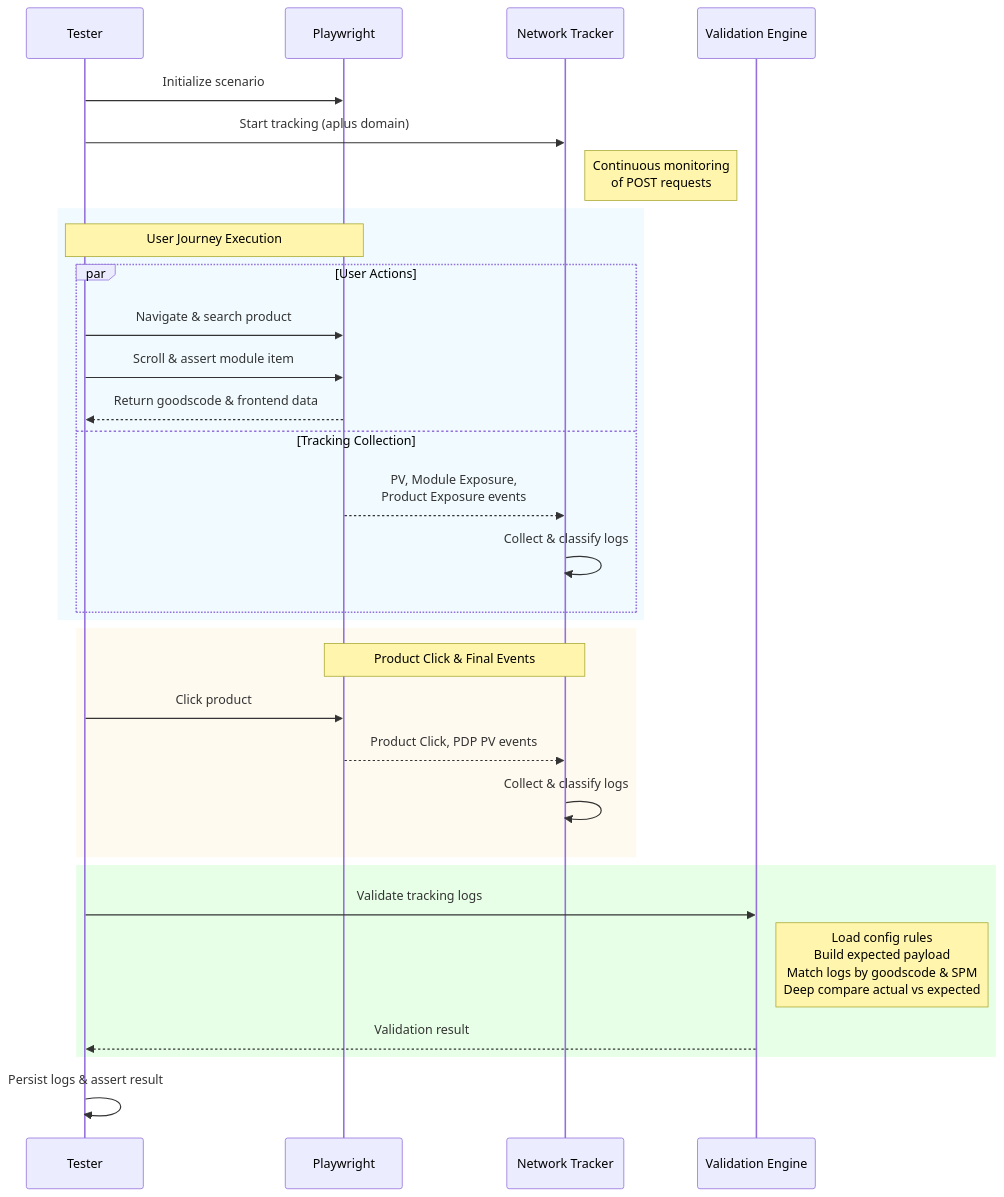
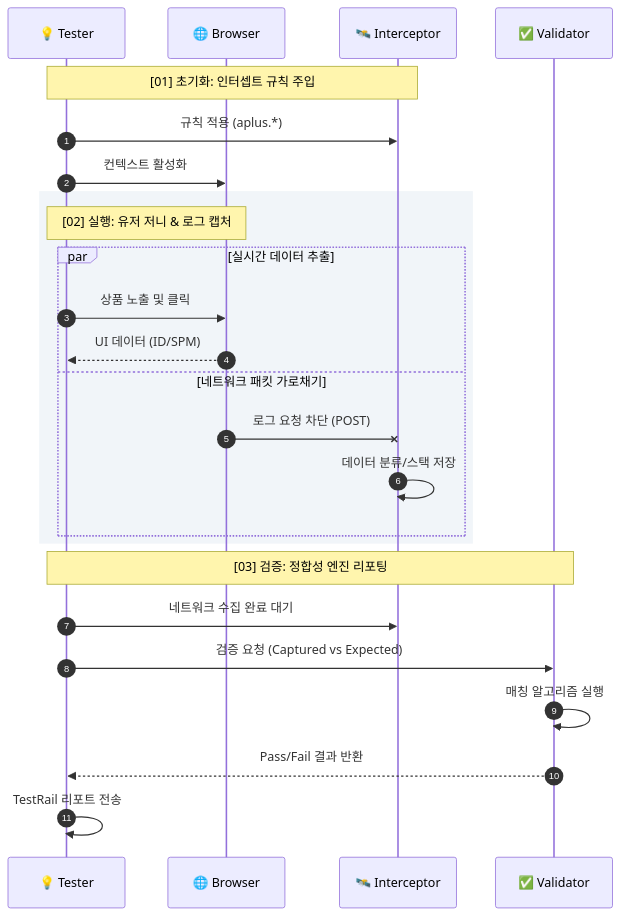
One commit to mrt1847-test/user_tracking_automation changed the diagram in docs/flow_sequence_diagram.md. Above: the diagram before and after it, drawn with Mermaid.

````diff
--- a/docs/flow_sequence_diagram.md
+++ b/docs/flow_sequence_diagram.md
@@ -3,43 +3,36 @@
 ```mermaid
 sequenceDiagram
-    participant Tester
-    participant Browser as Playwright
-    participant Tracker as Network Tracker
-    participant Validator as Validation Engine
+    autonumber
+    
+    %% 참여자 색상 설정 (배경 대비 가독성 최적화)
+    participant T as 💡 Tester
+    participant B as 🌐 Browser
+    participant I as 🛰️ Interceptor
+    participant V as ✅ Validator
 
-    %% 1. Setup
-    Tester->>Browser: Initialize scenario
-    Tester->>Tracker: Start tracking (aplus domain)
-    Note right of Tracker: Continuous monitoring<br/>of POST requests
+    %% Phase 01: Setup (Thin Line)
+    Note over T, I: [01] 초기화: 인터셉트 규칙 주입
+    T->>I: 규칙 적용 (aplus.*)
+    T->>B: 컨텍스트 활성화
 
-    %% 2. User Journey (with parallel tracking)
-    rect rgb(240, 250, 255)
-    Note over Tester,Browser: User Journey Execution
-    par User Actions
-        Tester->>Browser: Navigate & search product
-        Tester->>Browser: Scroll & assert module item
-        Browser-->>Tester: Return goodscode & frontend data
-    and Tracking Collection
-        Browser-->>Tracker: PV, Module Exposure,<br/>Product Exposure events
-        Tracker->>Tracker: Collect & classify logs
-    end
+    %% Phase 02: Execution (Modern Blue Rect)
+    %% 가장 중요한 실행 단계에 시선을 집중시키는 Slate Blue 배경
+    rect rgb(241, 245, 249)
+        Note over T, B: [02] 실행: 유저 저니 & 로그 캡처
+        par 실시간 데이터 추출
+            T->>B: 상품 노출 및 클릭
+            B-->>T: UI 데이터 (ID/SPM)
+        and 네트워크 패킷 가로채기
+            B-X I: 로그 요청 차단 (POST)
+            I->>I: 데이터 분류/스택 저장
+        end
     end
 
-    %% 3. Final Tracking Capture
-    rect rgb(255, 250, 240)
-    Note over Browser,Tracker: Product Click & Final Events
-    Tester->>Browser: Click product
-    Browser-->>Tracker: Product Click, PDP PV events
-    Tracker->>Tracker: Collect & classify logs
-    end
-
-    %% 4. Validation
-    rect rgb(230, 255, 230)
-    Tester->>Validator: Validate tracking logs
-    Note right of Validator: Load config rules<br/>Build expected payload<br/>Match logs by goodscode & SPM<br/>Deep compare actual vs expected
-    Validator-->>Tester: Validation result
-    end
-
-    %% 5. Result
-    Tester->>Tester: Persist logs & assert result
+    %% Phase 03: Validation (Clean White)
+    Note over T, V: [03] 검증: 정합성 엔진 리포팅
+    T->>I: 네트워크 수집 완료 대기
+    T->>V: 검증 요청 (Captured vs Expected)
+    V->>V: 매칭 알고리즘 실행
+    V-->>T: Pass/Fail 결과 반환
+    T->>T: TestRail 리포트 전송
 ```
````
